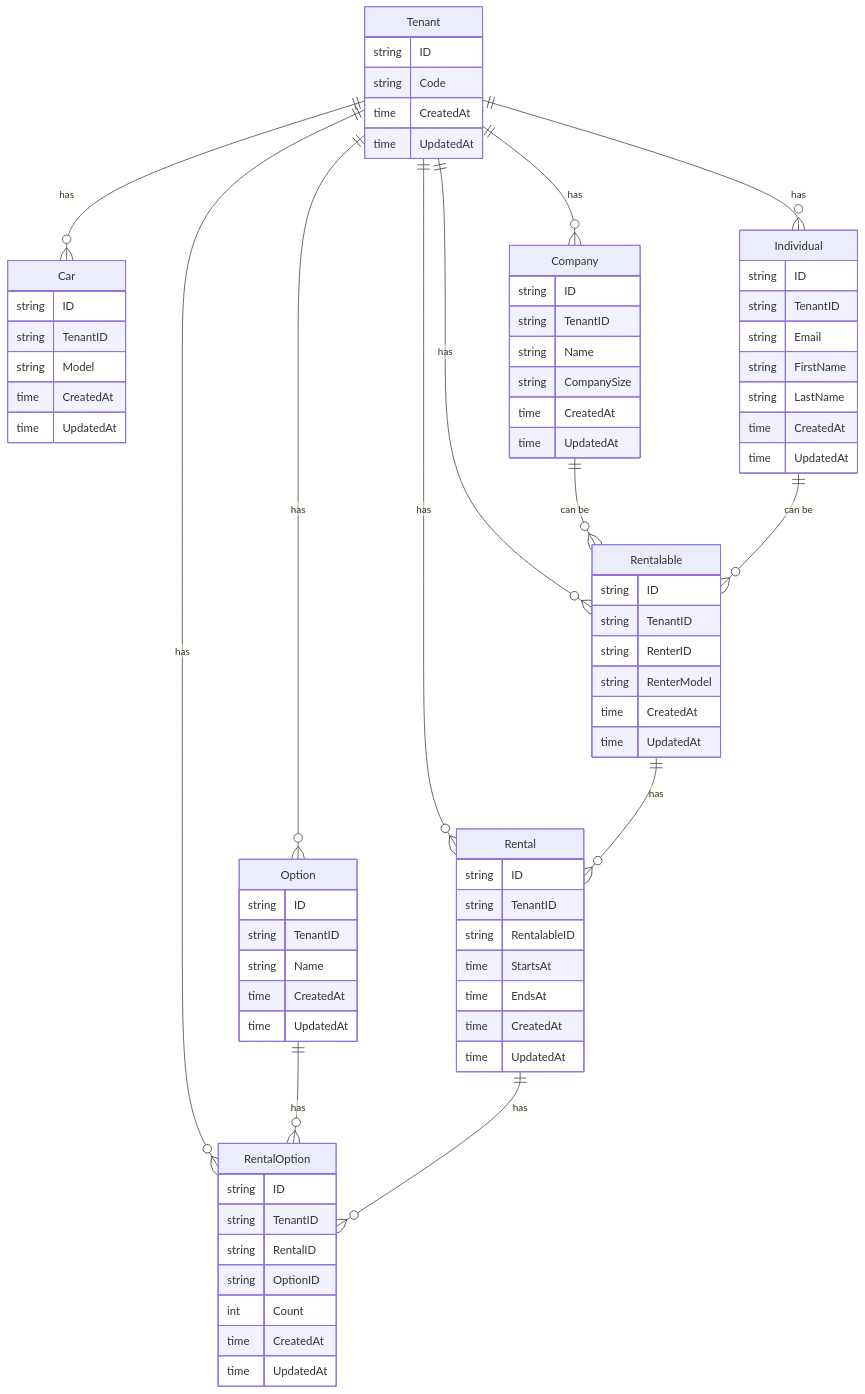
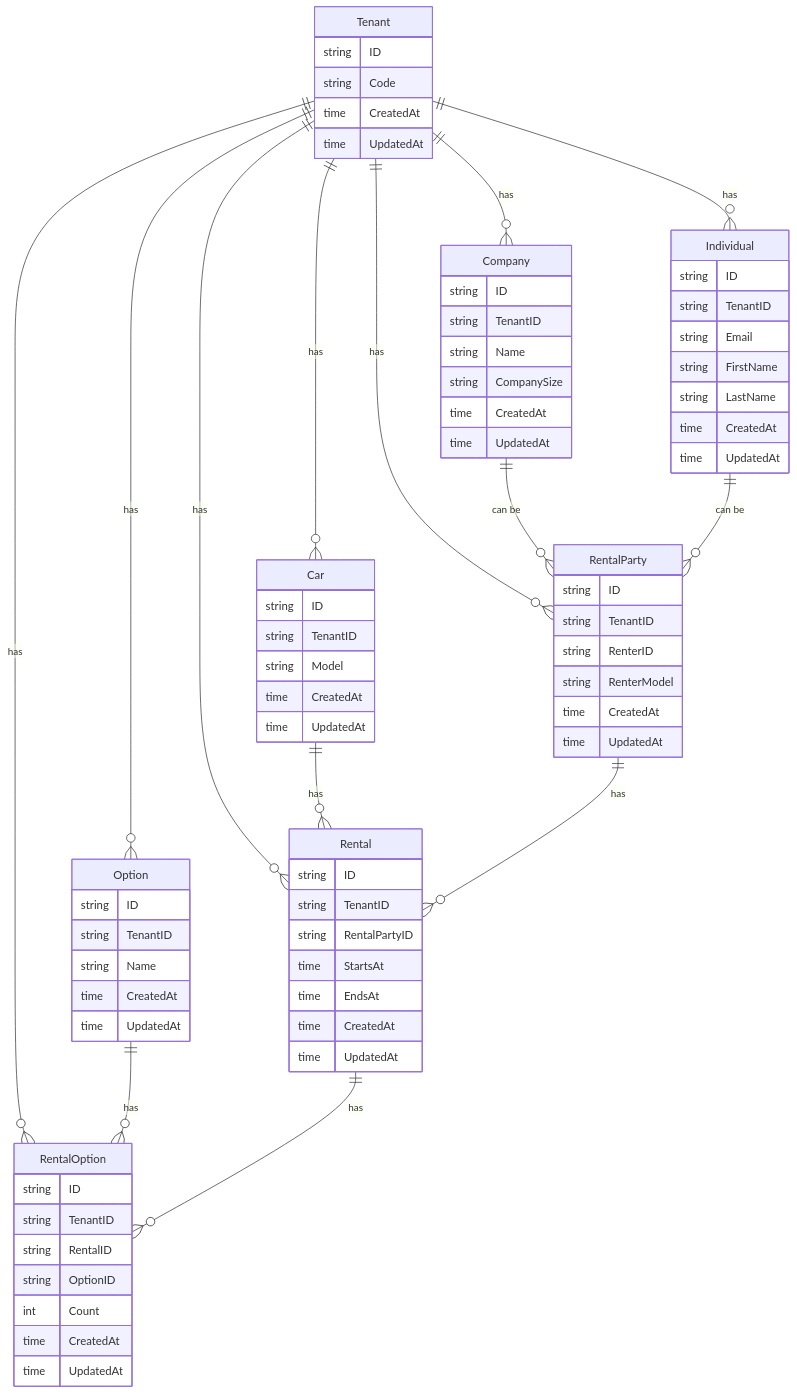
The diagram in docs/er-diagram.md (jp-ryuji/go-arch-patterns), drawn with Mermaid before and after one commit. The commit also changed other lines of this file, not shown here.

Commit message:
update ER digram

```diff
--- a/docs/er-diagram.md
+++ b/docs/er-diagram.md
@@ -13,15 +13,16 @@
     Tenant ||--o{ Car : has
     Tenant ||--o{ Company : has
     Tenant ||--o{ Individual : has
-    Tenant ||--o{ Rentalable : has
+    Tenant ||--o{ RentalParty : has
     Tenant ||--o{ Rental : has
     Tenant ||--o{ Option : has
     Tenant ||--o{ RentalOption : has
 
-    Company ||--o{ Rentalable : "can be"
-    Individual ||--o{ Rentalable : "can be"
+    Company ||--o{ RentalParty : "can be"
+    Individual ||--o{ RentalParty : "can be"
+    Car ||--o{ Rental : has
 
-    Rentalable ||--o{ Rental : has
+    RentalParty ||--o{ Rental : has
     Option ||--o{ RentalOption : has
     Rental ||--o{ RentalOption : has
 
@@ -59,7 +60,7 @@
         time UpdatedAt
     }
 
-    Rentalable {
+    RentalParty {
         string ID
         string TenantID
         string RenterID
@@ -71,7 +72,7 @@
     Rental {
         string ID
         string TenantID
-        string RentalableID
+        string RentalPartyID
         time StartsAt
         time EndsAt
         time CreatedAt
```
